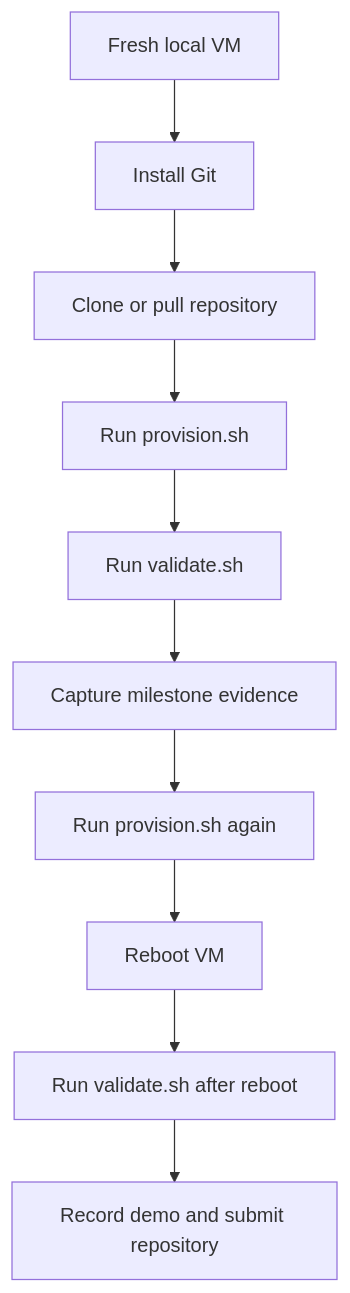
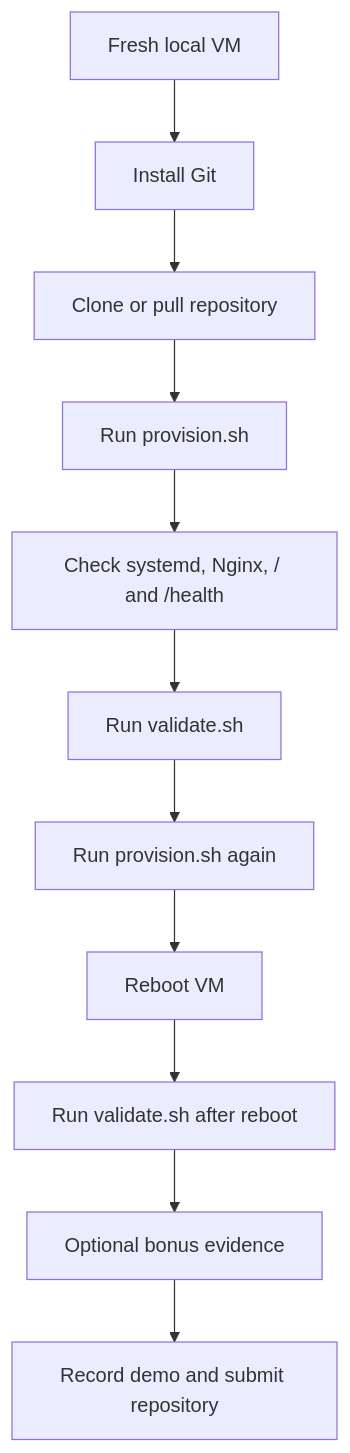
Before and after one commit to Ypsh2304/linux-infra-intern-lab: the second of 2 diagrams in README.md, drawn with Mermaid. The commit also changed other lines of this file and 5 other files, not shown here.

````diff
--- a/README.md
+++ b/README.md
@@ -55,12 +46,13 @@
 ```mermaid
 flowchart TD
     Fresh["Fresh local VM"] --> Git["Install Git"]
     Git --> Repo["Clone or pull repository"]
     Repo --> ProvisionRun["Run provision.sh"]
-    ProvisionRun --> ValidateRun["Run validate.sh"]
-    ValidateRun --> Evidence["Capture milestone evidence"]
-    Evidence --> SecondRun["Run provision.sh again"]
+    ProvisionRun --> ServiceProof["Check systemd, Nginx, / and /health"]
+    ServiceProof --> ValidateRun["Run validate.sh"]
+    ValidateRun --> SecondRun["Run provision.sh again"]
     SecondRun --> Reboot["Reboot VM"]
     Reboot --> FinalValidate["Run validate.sh after reboot"]
-    FinalValidate --> Submit["Record demo and submit repository"]
+    FinalValidate --> Bonus["Optional bonus evidence"]
+    Bonus --> Submit["Record demo and submit repository"]
 ```
````
